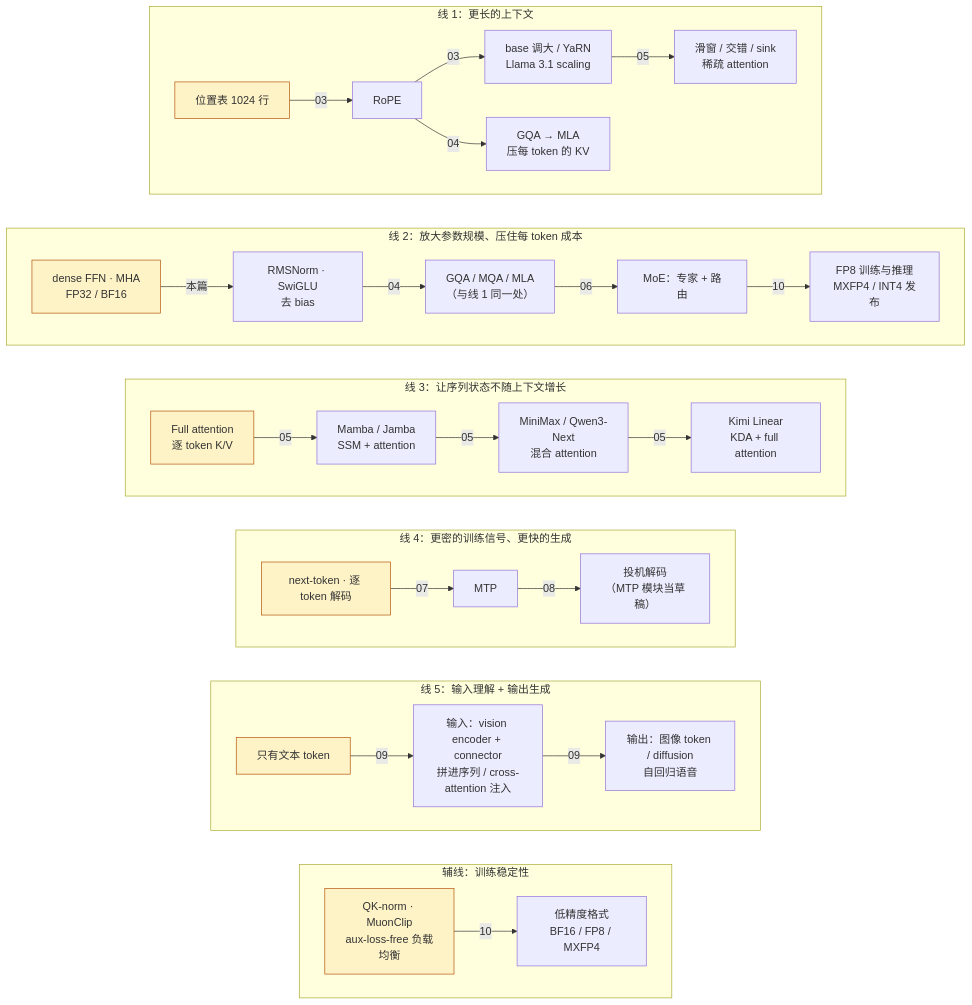
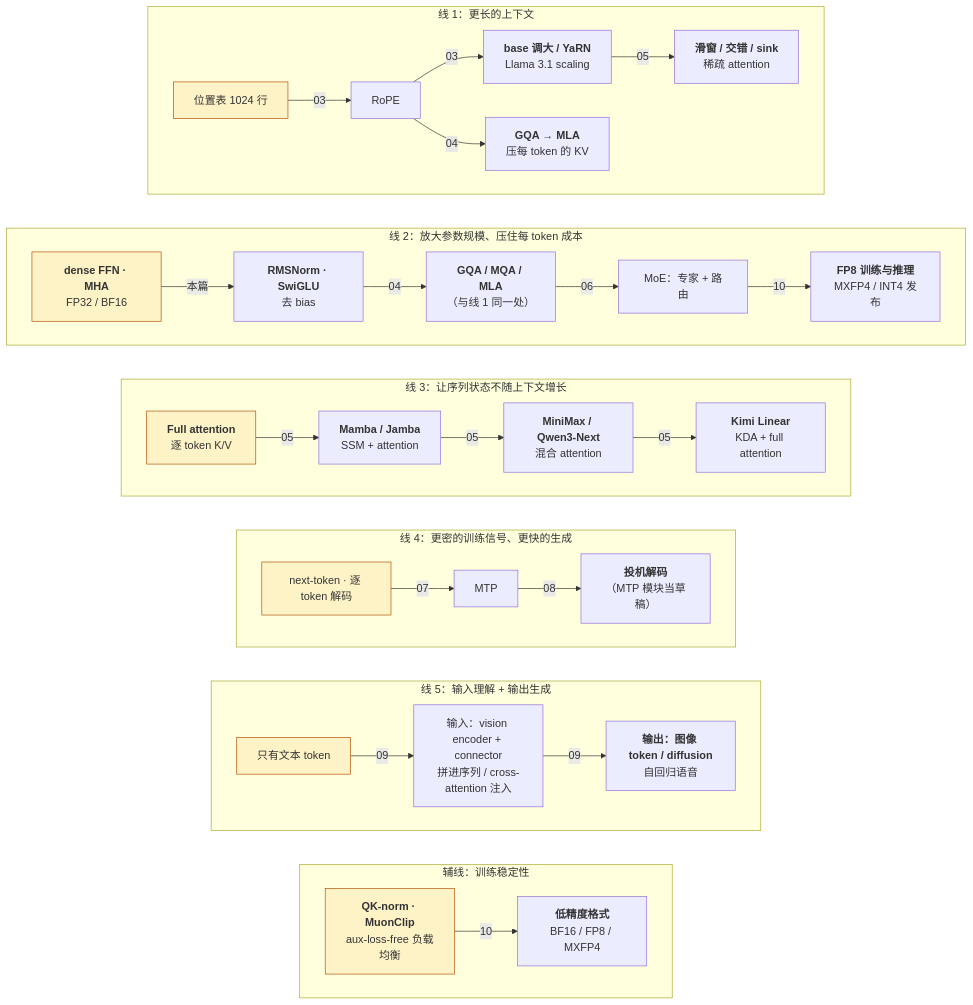
Before and after one commit to arganzheng/arganzheng.github.com: the second of 3 diagrams in _posts/2026-04-02-llm-architecture-evolution-roadmap-from-gpt2.md, drawn with Mermaid. The commit also changed other lines of this file and 9 other files, not shown here.

First line of the commit message:
现代 LLM 结构：从 GPT-2 到今天的演进：Mermaid 多行方框的首行标为标题（10 篇）

````diff
--- a/_posts/2026-04-02-llm-architecture-evolution-roadmap-from-gpt2.md
+++ b/_posts/2026-04-02-llm-architecture-evolution-roadmap-from-gpt2.md
@@ -169,33 +169,33 @@
 ```mermaid
 %%{init: {"flowchart": {"wrappingWidth": 130}}}%%
 %% 图：五条演进线与一条辅线：从 GPT-2 的填法出发，箭头上的篇号是展开位置
 flowchart TB
     subgraph L1["线 1：更长的上下文"]
         direction LR
-        A0["位置表 1024 行"] -->|03| A1["RoPE"] -->|03| A2["base 调大 / YaRN<br/>Llama 3.1 scaling"] -->|05| A3["滑窗 / 交错 / sink<br/>稀疏 attention"]
-        A1 -->|04| A4["GQA → MLA<br/>压每 token 的 KV"]
+        A0["位置表 1024 行"] -->|03| A1["RoPE"] -->|03| A2["<b>base 调大 / YaRN</b><br/>Llama 3.1 scaling"] -->|05| A3["<b>滑窗 / 交错 / sink</b><br/>稀疏 attention"]
+        A1 -->|04| A4["<b>GQA → MLA</b><br/>压每 token 的 KV"]
     end
     subgraph L2["线 2：放大参数规模、压住每 token 成本"]
         direction LR
-        B0["dense FFN · MHA<br/>FP32 / BF16"] -->|本篇| B1["RMSNorm · SwiGLU<br/>去 bias"] -->|04| B2["GQA / MQA / MLA<br/>（与线 1 同一处）"] -->|06| B3["MoE：专家 + 路由"] -->|10| B4["FP8 训练与推理<br/>MXFP4 / INT4 发布"]
+        B0["<b>dense FFN · MHA</b><br/>FP32 / BF16"] -->|本篇| B1["<b>RMSNorm · SwiGLU</b><br/>去 bias"] -->|04| B2["<b>GQA / MQA / MLA</b><br/>（与线 1 同一处）"] -->|06| B3["MoE：专家 + 路由"] -->|10| B4["<b>FP8 训练与推理</b><br/>MXFP4 / INT4 发布"]
     end
     subgraph L3["线 3：让序列状态不随上下文增长"]
         direction LR
-        E0["Full attention<br/>逐 token K/V"] -->|05| E1["Mamba / Jamba<br/>SSM + attention"] -->|05| E2["MiniMax / Qwen3-Next<br/>混合 attention"] -->|05| E3["Kimi Linear<br/>KDA + full attention"]
+        E0["<b>Full attention</b><br/>逐 token K/V"] -->|05| E1["<b>Mamba / Jamba</b><br/>SSM + attention"] -->|05| E2["<b>MiniMax / Qwen3-Next</b><br/>混合 attention"] -->|05| E3["<b>Kimi Linear</b><br/>KDA + full attention"]
     end
     subgraph L4["线 4：更密的训练信号、更快的生成"]
         direction LR
-        C0["next-token · 逐 token 解码"] -->|07| C1["MTP"] -->|08| C2["投机解码<br/>（MTP 模块当草稿）"]
+        C0["next-token · 逐 token 解码"] -->|07| C1["MTP"] -->|08| C2["<b>投机解码</b><br/>（MTP 模块当草稿）"]
     end
     subgraph L5["线 5：输入理解 + 输出生成"]
         direction LR
-        D0["只有文本 token"] -->|09| D1["输入：vision encoder + connector<br/>拼进序列 / cross-attention 注入"] -->|09| D2["输出：图像 token / diffusion<br/>自回归语音"]
+        D0["只有文本 token"] -->|09| D1["输入：vision encoder + connector<br/>拼进序列 / cross-attention 注入"] -->|09| D2["<b>输出：图像 token / diffusion</b><br/>自回归语音"]
     end
     subgraph AUX["辅线：训练稳定性"]
         direction LR
-        S0["QK-norm · MuonClip<br/>aux-loss-free 负载均衡"] -->|10| S1["低精度格式<br/>BF16 / FP8 / MXFP4"]
+        S0["<b>QK-norm · MuonClip</b><br/>aux-loss-free 负载均衡"] -->|10| S1["<b>低精度格式</b><br/>BF16 / FP8 / MXFP4"]
     end
     L1 ~~~ L2 ~~~ L3 ~~~ L4 ~~~ L5 ~~~ AUX
     classDef base fill:#fef3c7,stroke:#b45309;
     class A0,B0,C0,D0,E0,S0 base;
 ```
````
